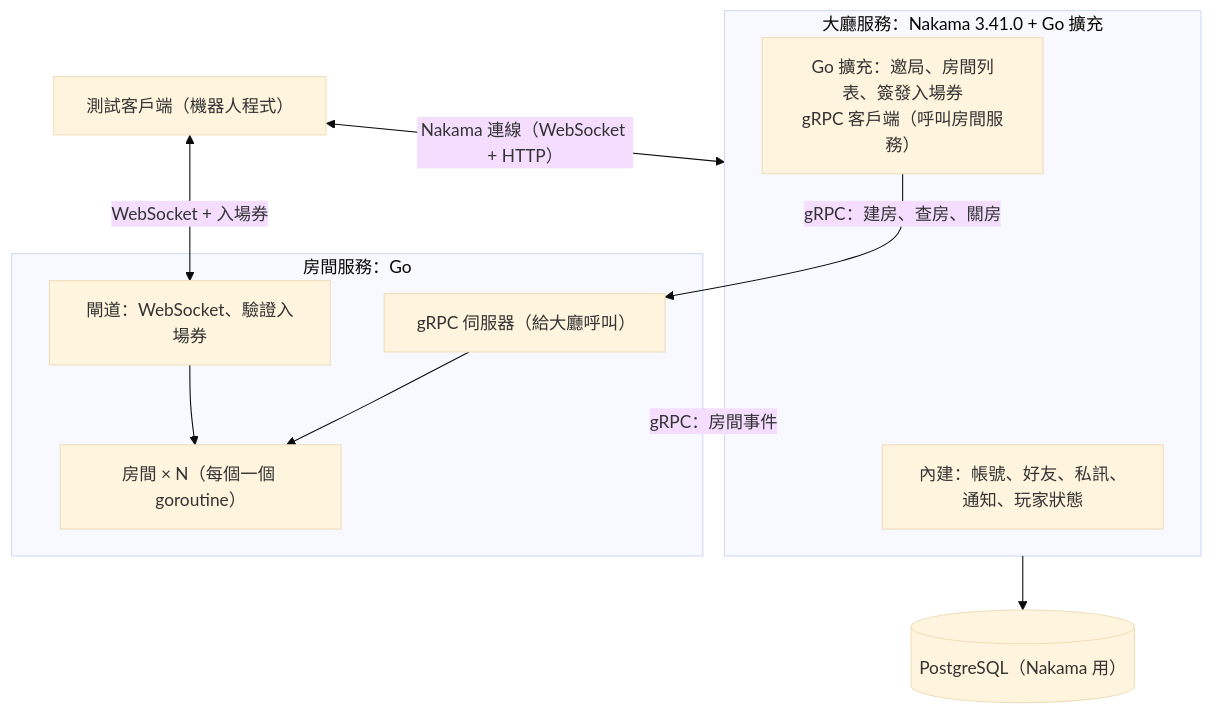
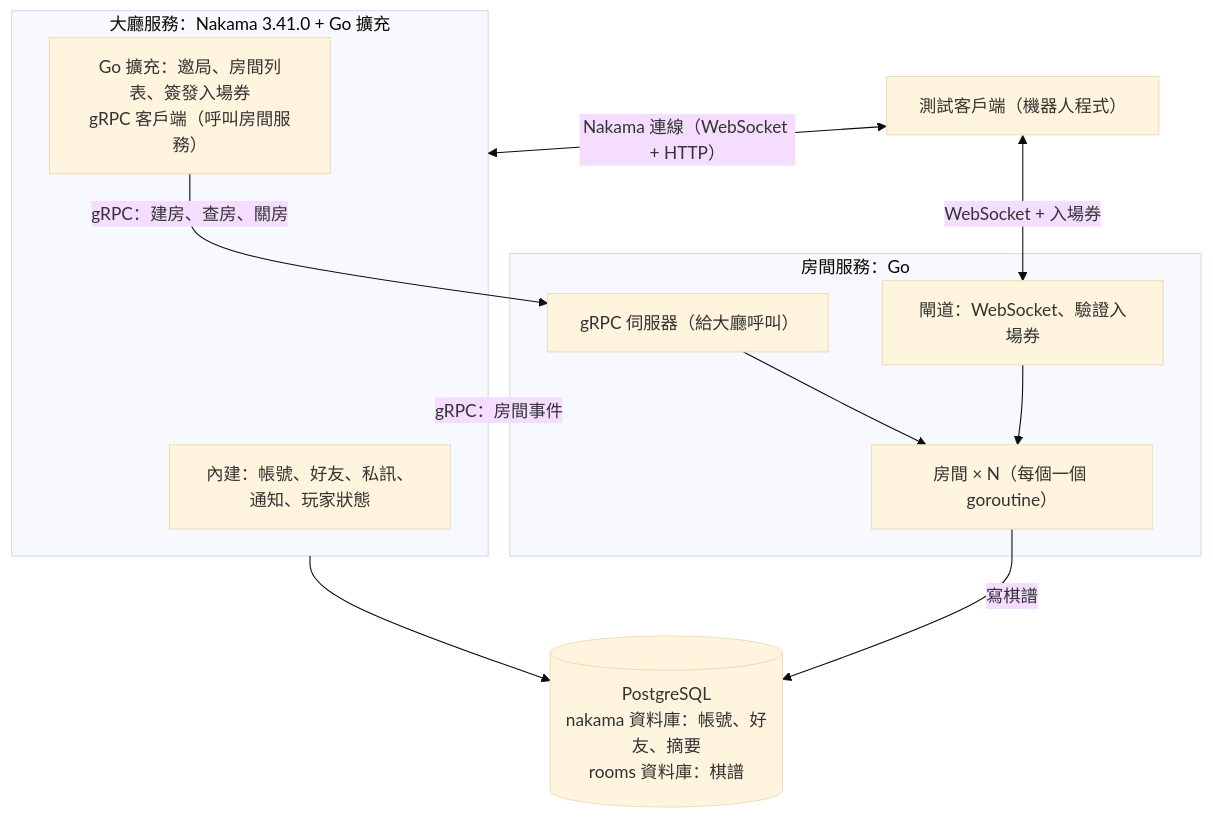
Before and after one commit to yshsu0918/yi-arena: the diagram in docs/poc-nakama-lobby-go-room.md, drawn with Mermaid (base theme). The commit also changed other lines of this file, not shown here.

First line of the commit message:
PoC spec: rooms record the game log in their own database, lobby keeps summaries

````diff
--- a/docs/poc-nakama-lobby-go-room.md
+++ b/docs/poc-nakama-lobby-go-room.md
@@ -46,22 +48,23 @@
 ```mermaid
 flowchart TB
   Client["測試客戶端（機器人程式）"]
   subgraph Lobby["大廳服務：Nakama 3.41.0 + Go 擴充"]
     Social["內建：帳號、好友、私訊、通知、玩家狀態"]
     Plugin["Go 擴充：邀局、房間列表、簽發入場券<br/>gRPC 客戶端（呼叫房間服務）"]
   end
   subgraph RoomSvc["房間服務：Go"]
     GRPC["gRPC 伺服器（給大廳呼叫）"]
     Gateway["閘道：WebSocket、驗證入場券"]
     Rooms["房間 × N（每個一個 goroutine）"]
   end
-  DB[("PostgreSQL（Nakama 用）")]
+  DB[("PostgreSQL<br/>nakama 資料庫：帳號、好友、摘要<br/>rooms 資料庫：棋譜")]
 
   Client <-- "Nakama 連線（WebSocket + HTTP）" --> Lobby
   Client <-- "WebSocket + 入場券" --> Gateway
   Plugin -- "gRPC：建房、查房、關房" --> GRPC
   RoomSvc -- "gRPC：房間事件" --> Lobby
   Lobby --> DB
+  Rooms -- "寫棋譜" --> DB
   GRPC --> Rooms
   Gateway --> Rooms
 ```
````
